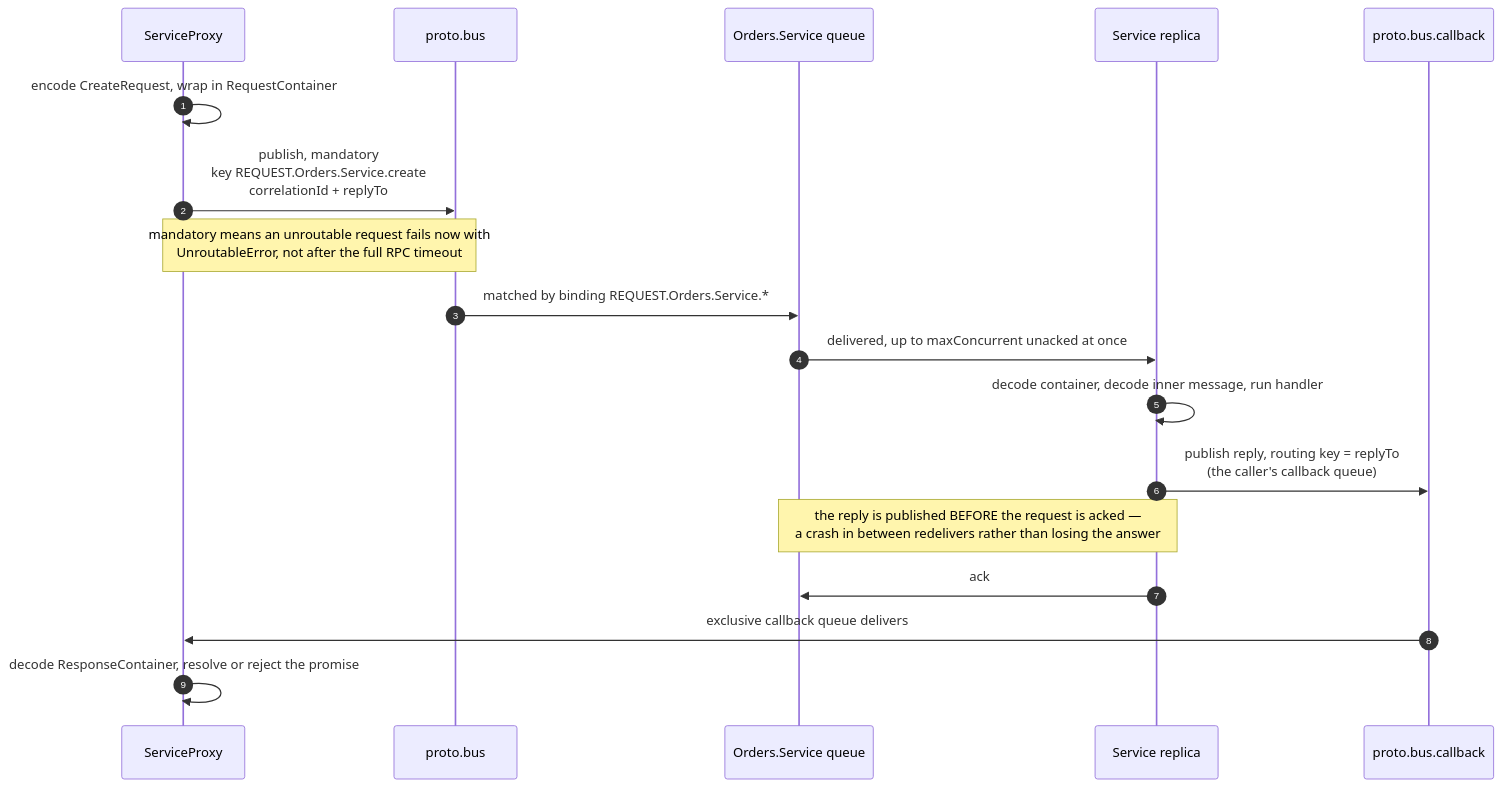
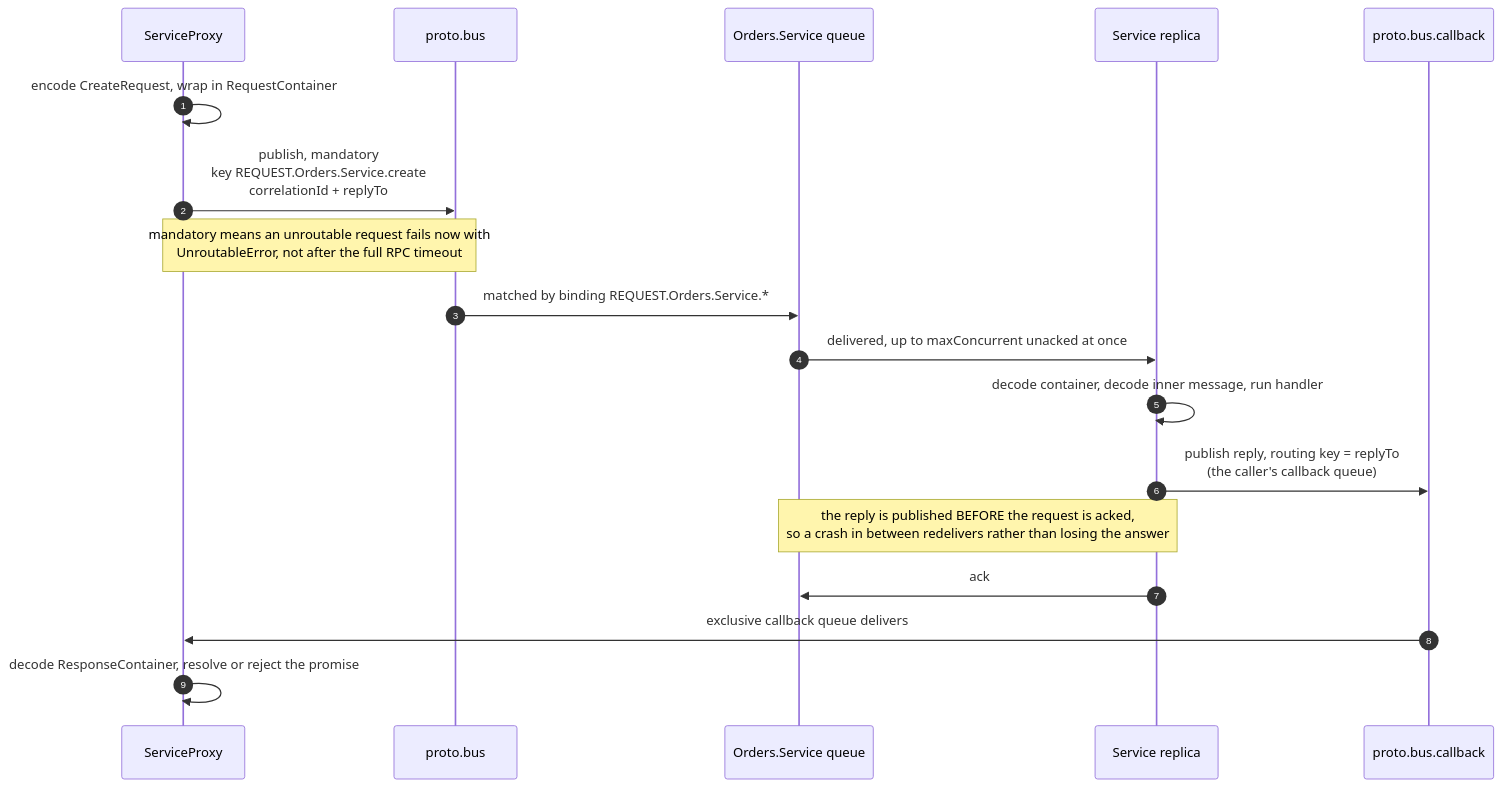
One commit to ArielLaub/protobus changed the third of 6 diagrams in docs/concepts/architecture.md. Above: the diagram before and after it, drawn with Mermaid. The commit also changed other lines of this file and 52 other files, not shown here.

````diff
--- a/docs/concepts/architecture.md
+++ b/docs/concepts/architecture.md
@@ -107,21 +107,21 @@
 ```mermaid
 sequenceDiagram
     autonumber
     participant C as ServiceProxy
     participant B as proto.bus
     participant Q as Orders.Service queue
     participant S as Service replica
     participant K as proto.bus.callback
 
     C->>C: encode CreateRequest, wrap in RequestContainer
     C->>B: publish, mandatory<br/>key REQUEST.Orders.Service.create<br/>correlationId + replyTo
     Note over C,B: mandatory means an unroutable request fails now with<br/>UnroutableError, not after the full RPC timeout
     B->>Q: matched by binding REQUEST.Orders.Service.*
     Q->>S: delivered, up to maxConcurrent unacked at once
     S->>S: decode container, decode inner message, run handler
     S->>K: publish reply, routing key = replyTo<br/>(the caller's callback queue)
-    Note over S,Q: the reply is published BEFORE the request is acked —<br/>a crash in between redelivers rather than losing the answer
+    Note over S,Q: the reply is published BEFORE the request is acked,<br/>so a crash in between redelivers rather than losing the answer
     S->>Q: ack
     K->>C: exclusive callback queue delivers
     C->>C: decode ResponseContainer, resolve or reject the promise
 ```
````
